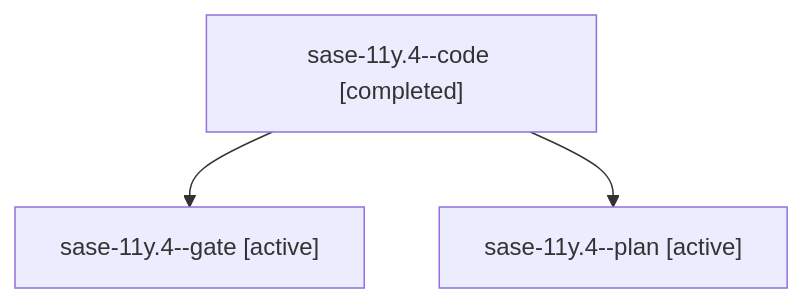
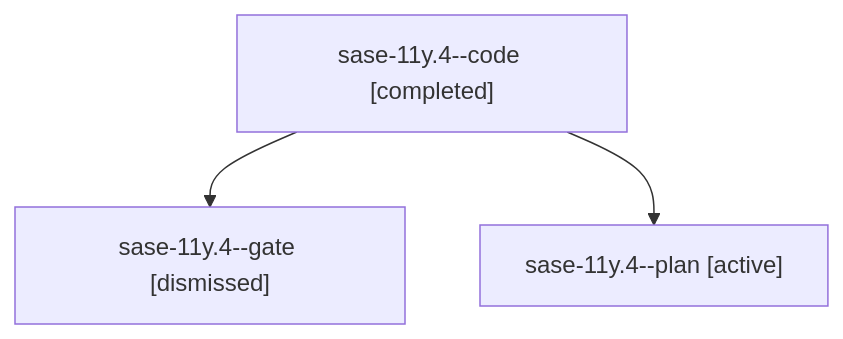
One commit to sase-org/sase--agents changed the diagram in sessions/bbugyi200.athena.sase-11y.4.md. Above: the diagram before and after it, drawn with Mermaid. The commit also changed other lines of this file and 252 other files, not shown here.

````diff
--- a/sessions/bbugyi200.athena.sase-11y.4.md
+++ b/sessions/bbugyi200.athena.sase-11y.4.md
@@ -9,8 +9,8 @@
 ```mermaid
 flowchart TD
   n0["sase-11y.4--code [completed]"]
-  n1["sase-11y.4--gate [active]"]
+  n1["sase-11y.4--gate [dismissed]"]
   n0 --> n1
   n2["sase-11y.4--plan [active]"]
   n0 --> n2
 ```
````
